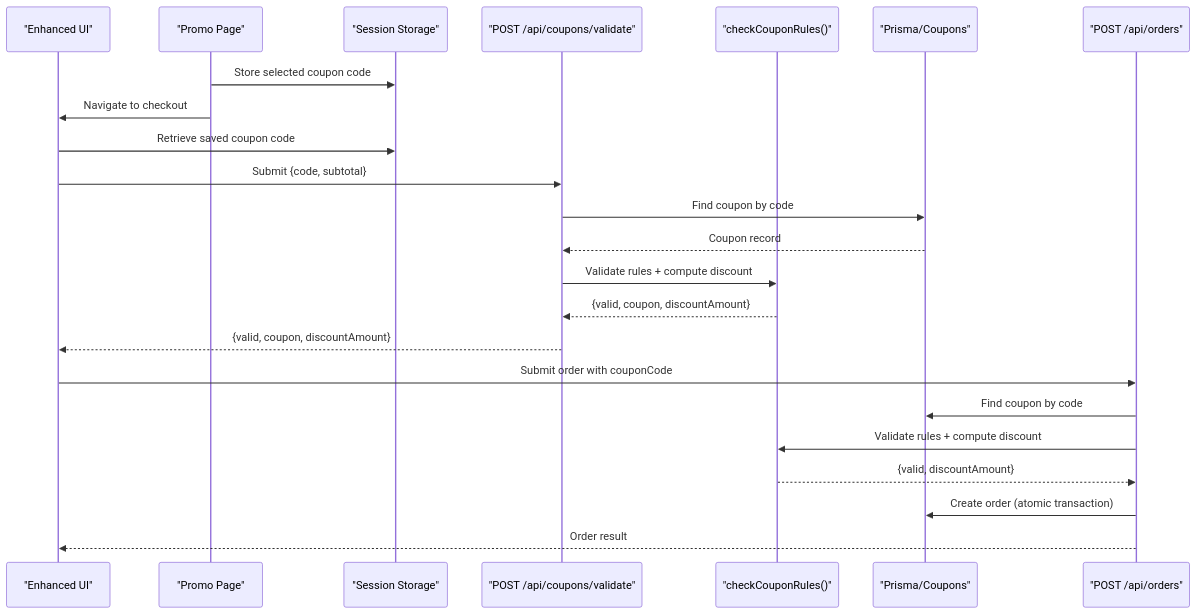
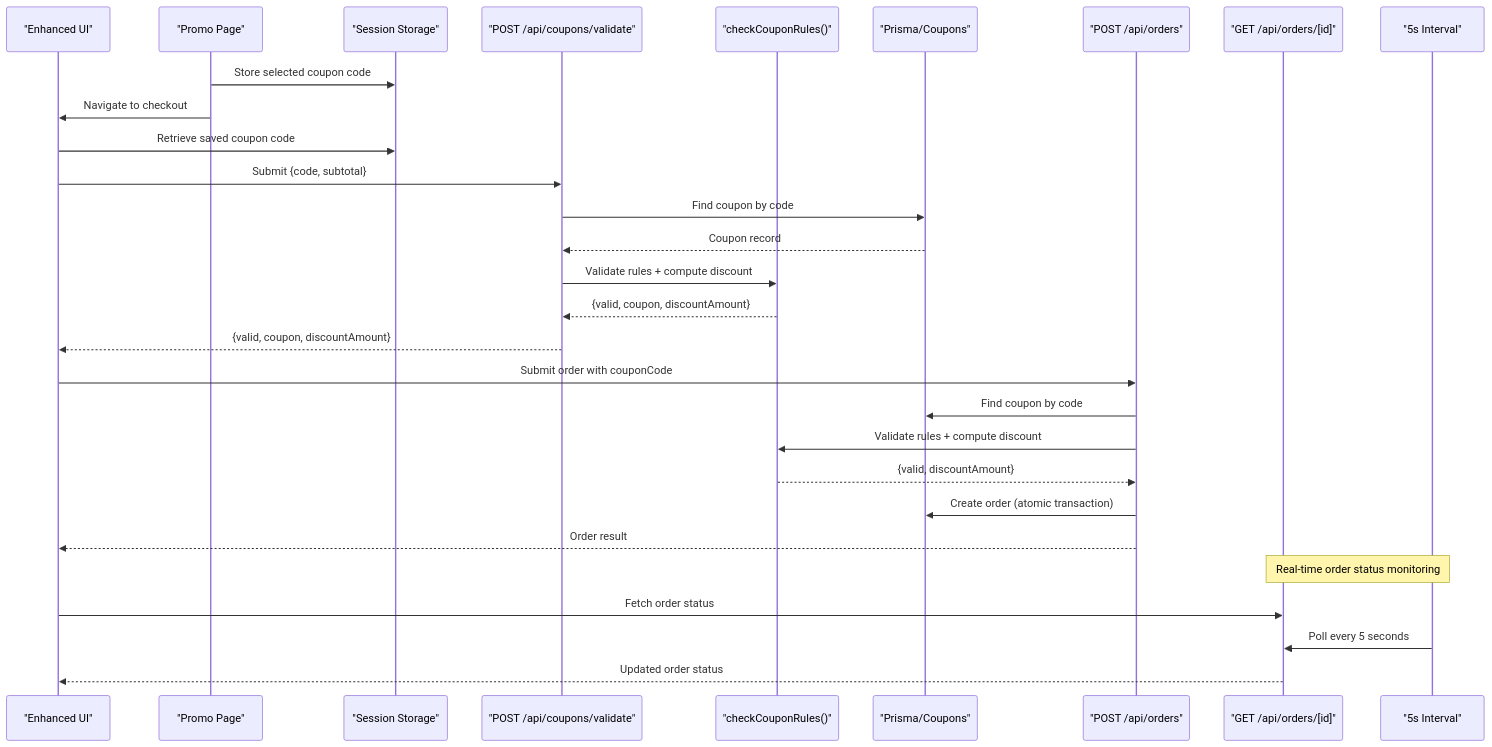
The second of 13 diagrams in .qoder/repowiki/en/content/Core Features/Promotions & Coupons.md (Ice-Nao-Eevee/Tera_Work), drawn with Mermaid before and after one commit. The commit also changed other lines of this file and 55 other files, not shown here.

````diff
--- a/.qoder/repowiki/en/content/Core Features/Promotions & Coupons.md
+++ b/.qoder/repowiki/en/content/Core Features/Promotions & Coupons.md
@@ -153,25 +172,31 @@
 ```mermaid
 sequenceDiagram
 participant Client as "Enhanced UI"
 participant PromoPage as "Promo Page"
 participant Session as "Session Storage"
 participant Validate as "POST /api/coupons/validate"
 participant Engine as "checkCouponRules()"
 participant DB as "Prisma/Coupons"
 participant Orders as "POST /api/orders"
+participant OrderStatus as "GET /api/orders/[id]"
+participant Polling as "5s Interval"
 PromoPage->>Session : Store selected coupon code
 PromoPage->>Client : Navigate to checkout
 Client->>Session : Retrieve saved coupon code
 Client->>Validate : Submit {code, subtotal}
 Validate->>DB : Find coupon by code
 DB-->>Validate : Coupon record
 Validate->>Engine : Validate rules + compute discount
 Engine-->>Validate : {valid, coupon, discountAmount}
 Validate-->>Client : {valid, coupon, discountAmount}
 Client->>Orders : Submit order with couponCode
 Orders->>DB : Find coupon by code
 Orders->>Engine : Validate rules + compute discount
 Engine-->>Orders : {valid, discountAmount}
 Orders->>DB : Create order (atomic transaction)
 Orders-->>Client : Order result
+Note over OrderStatus,Polling : Real-time order status monitoring
+Client->>OrderStatus : Fetch order status
+Polling->>OrderStatus : Poll every 5 seconds
+OrderStatus-->>Client : Updated order status
 ```
````
